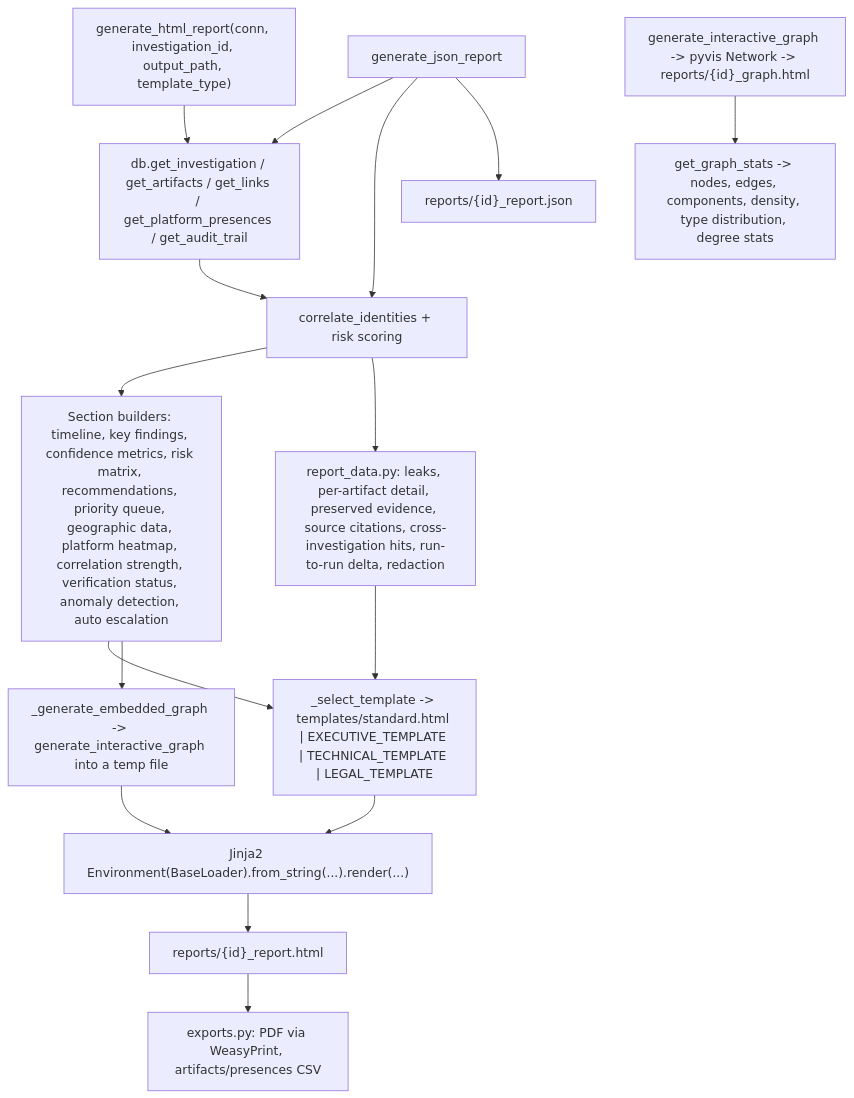
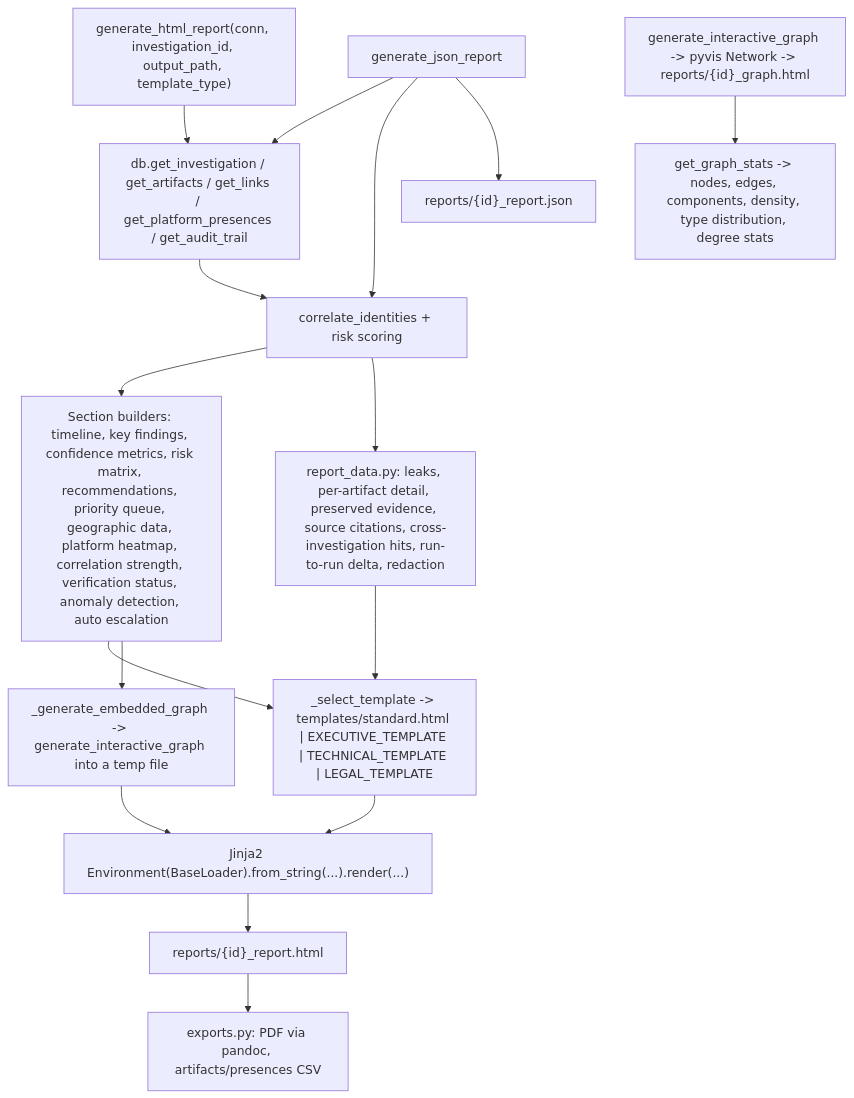
The tenth of 13 diagrams in docs/ARCHITECTURE.md (dhayarajas/gih), drawn with Mermaid before and after one commit. The commit also changed other lines of this file and 6 other files, not shown here.

````diff
--- a/docs/ARCHITECTURE.md
+++ b/docs/ARCHITECTURE.md
@@ -428,28 +428,28 @@
 ```mermaid
 graph TD
     GEN["generate_html_report(conn, investigation_id, output_path, template_type)"]
     READ["db.get_investigation / get_artifacts / get_links / get_platform_presences / get_audit_trail"]
     CORR["correlate_identities + risk scoring"]
     SECTIONS["Section builders: timeline, key findings, confidence metrics, risk matrix, recommendations, priority queue, geographic data, platform heatmap, correlation strength, verification status, anomaly detection, auto escalation"]
     RDATA["report_data.py: leaks, per-artifact detail, preserved evidence, source citations, cross-investigation hits, run-to-run delta, redaction"]
     EMBED["_generate_embedded_graph -> generate_interactive_graph into a temp file"]
     TPL["_select_template -> templates/standard.html | EXECUTIVE_TEMPLATE | TECHNICAL_TEMPLATE | LEGAL_TEMPLATE"]
-    EXPORT["exports.py: PDF via WeasyPrint, artifacts/presences CSV"]
+    EXPORT["exports.py: PDF via pandoc, artifacts/presences CSV"]
     RENDER["Jinja2 Environment(BaseLoader).from_string(...).render(...)"]
     OUT["reports/{id}_report.html"]
 
     JSONGEN["generate_json_report"]
     JSONOUT["reports/{id}_report.json"]
 
     VIZGEN["generate_interactive_graph -> pyvis Network -> reports/{id}_graph.html"]
     STATS["get_graph_stats -> nodes, edges, components, density, type distribution, degree stats"]
 
     GEN --> READ --> CORR --> SECTIONS --> TPL --> RENDER --> OUT
     CORR --> RDATA --> TPL
     SECTIONS --> EMBED --> RENDER
     OUT --> EXPORT
     JSONGEN --> READ
     JSONGEN --> CORR
     JSONGEN --> JSONOUT
     VIZGEN --> STATS
 ```
````
